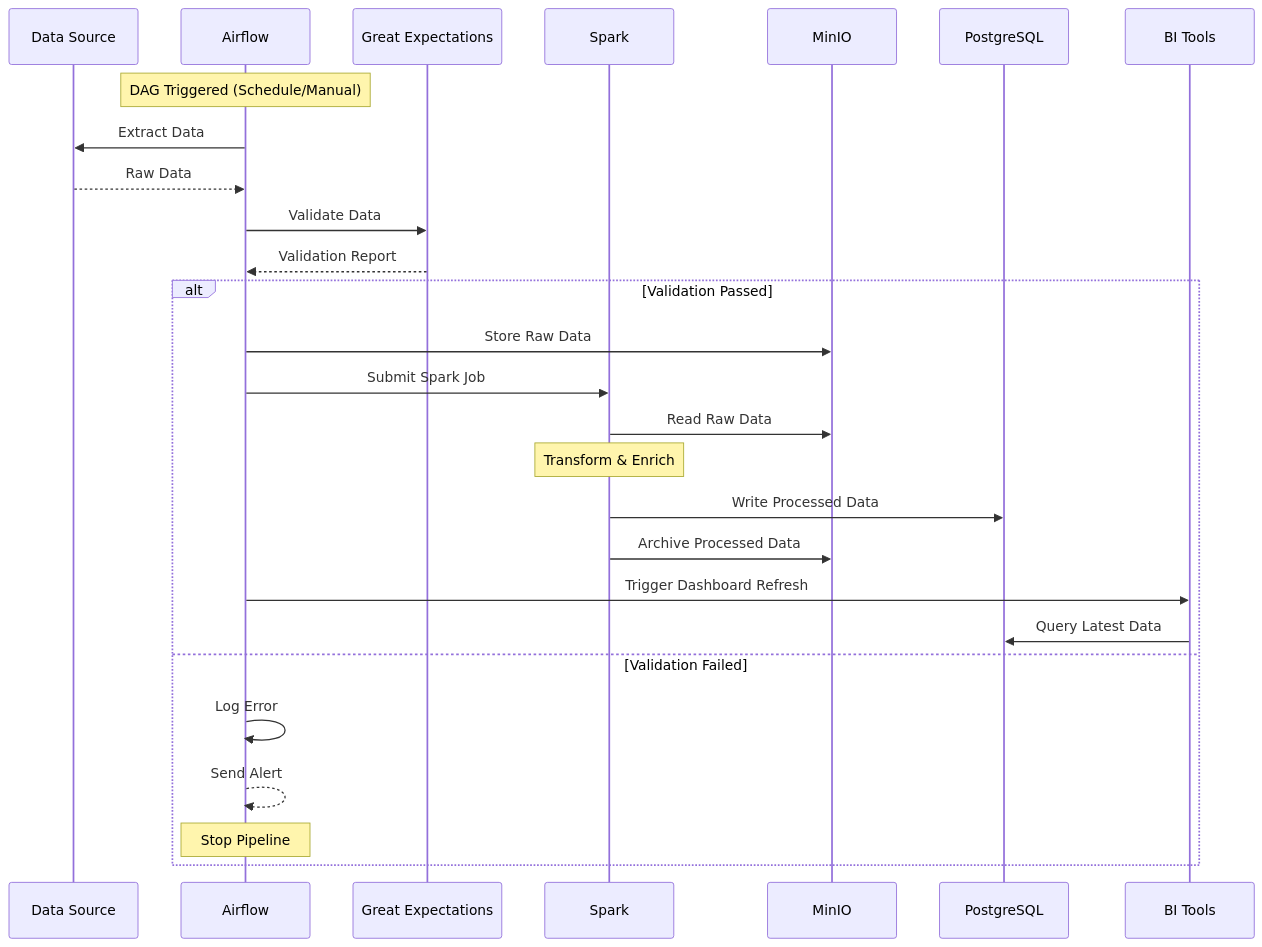
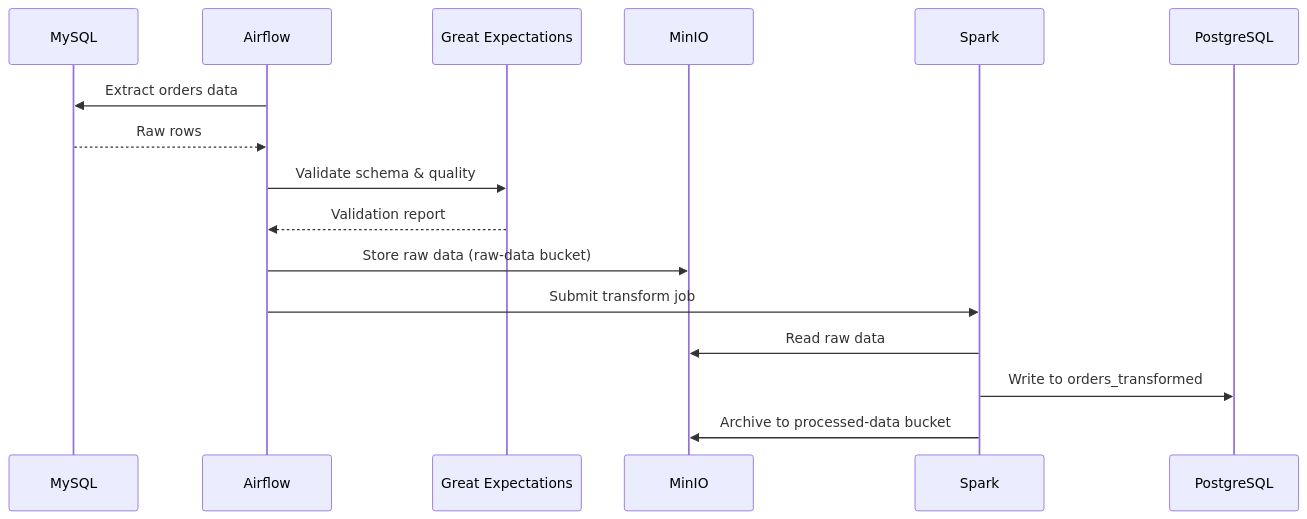
The second of 10 diagrams in ARCHITECTURE.md (sherwin-casem/Sherwin-E2E-Data-Platform), drawn with Mermaid before and after one commit. The commit also changed other lines of this file and 138 other files, not shown here.

````diff
--- a/ARCHITECTURE.md
+++ b/ARCHITECTURE.md
@@ -242,32 +102,19 @@
 ```mermaid
 sequenceDiagram
-    participant SRC as Data Source
+    participant MY as MySQL
     participant AIR as Airflow
     participant GE as Great Expectations
+    participant MN as MinIO
     participant SPK as Spark
-    participant MIN as MinIO
     participant PG as PostgreSQL
-    participant BI as BI Tools
 
-    Note over AIR: DAG Triggered (Schedule/Manual)
-
-    AIR->>SRC: Extract Data
-    SRC-->>AIR: Raw Data
-    AIR->>GE: Validate Data
-    GE-->>AIR: Validation Report
-
-    alt Validation Passed
-        AIR->>MIN: Store Raw Data
-        AIR->>SPK: Submit Spark Job
-        SPK->>MIN: Read Raw Data
-        Note over SPK: Transform & Enrich
-        SPK->>PG: Write Processed Data
-        SPK->>MIN: Archive Processed Data
-        AIR->>BI: Trigger Dashboard Refresh
-        BI->>PG: Query Latest Data
-    else Validation Failed
-        AIR->>AIR: Log Error
-        AIR-->>AIR: Send Alert
-        Note over AIR: Stop Pipeline
-    end
+    AIR->>MY: Extract orders data
+    MY-->>AIR: Raw rows
+    AIR->>GE: Validate schema & quality
+    GE-->>AIR: Validation report
+    AIR->>MN: Store raw data (raw-data bucket)
+    AIR->>SPK: Submit transform job
+    SPK->>MN: Read raw data
+    SPK->>PG: Write to orders_transformed
+    SPK->>MN: Archive to processed-data bucket
 ```
````
